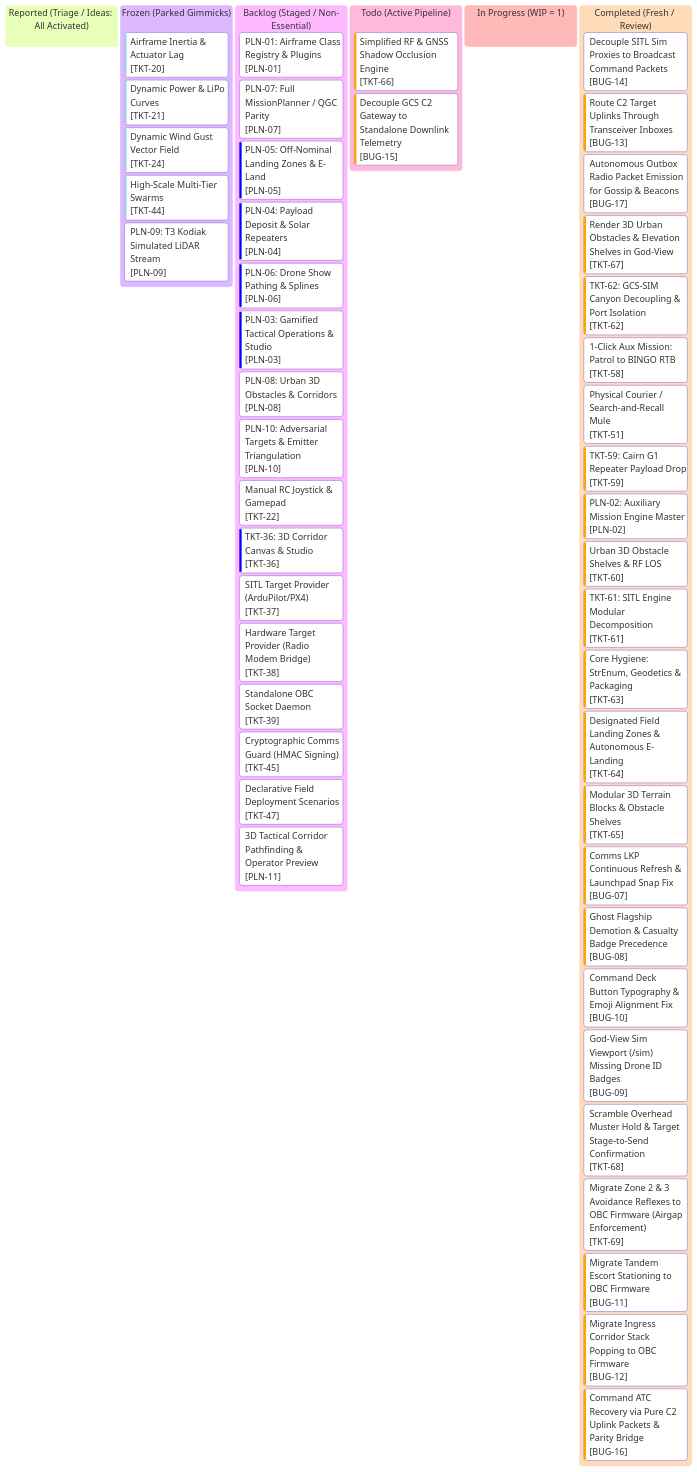
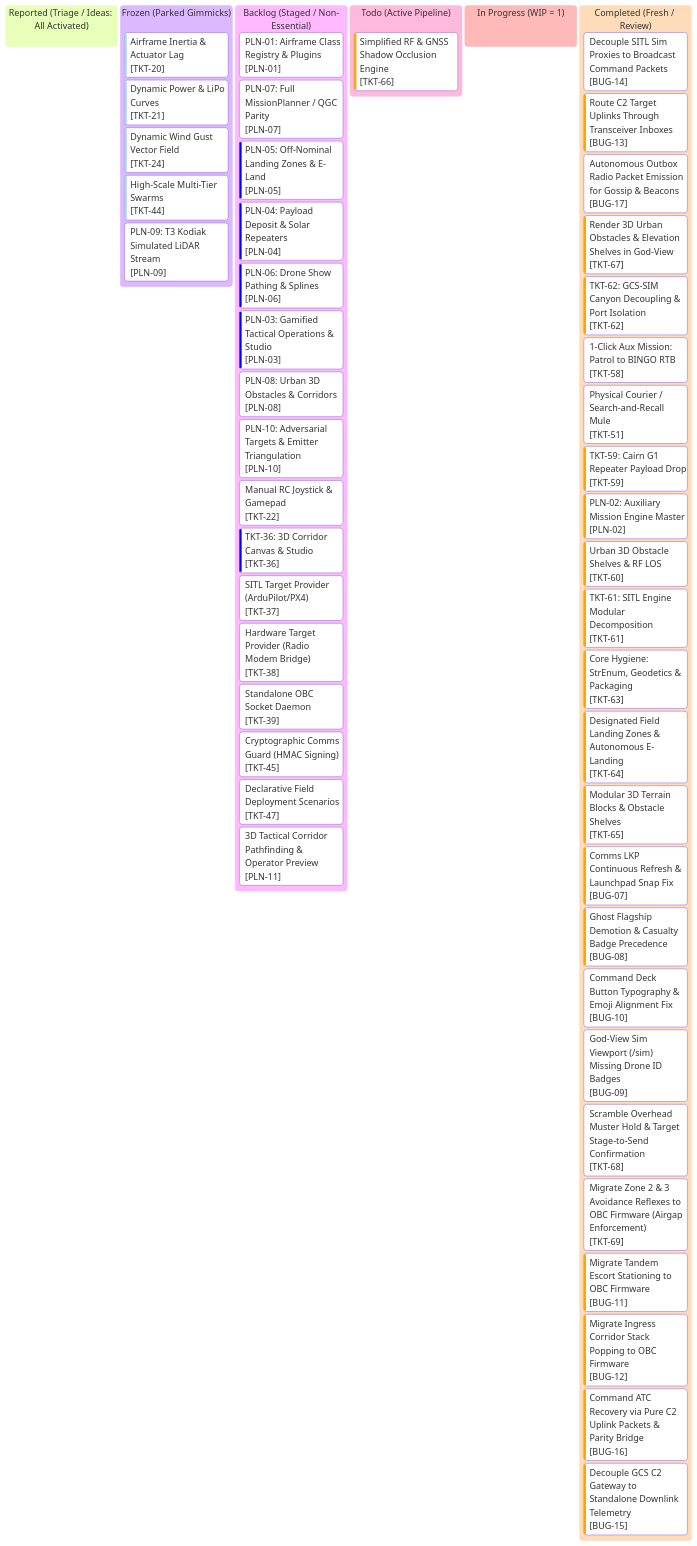
The diagram in roadmap/kanban.md (AlitheiaDeus/AlitheiaHive), drawn with Mermaid before and after one commit. The commit also changed other lines of this file and 11 other files, not shown here.

Commit message:
fix(gcs): decouple c2 gateway to standalone downlink telemetry (BUG-15 / Red 6)

````diff
--- a/roadmap/kanban.md
+++ b/roadmap/kanban.md
@@ -10,75 +10,75 @@
 ```mermaid
 %%{init: {
   'theme': 'base',
   'themeVariables': {
     'primaryColor': '#0d2235',
     'primaryTextColor': '#d4f4ff',
     'primaryBorderColor': '#00f0ff',
     'lineColor': '#00f0ff',
     'background': '#061019',
     'mainBkg': '#0a1926',
     'secondaryColor': '#081420',
     'secondaryTextColor': '#5a7e96',
     'secondaryBorderColor': '#134e6f',
     'tertiaryColor': '#0e263d',
     'tertiaryTextColor': '#00ffaa',
     'tertiaryBorderColor': '#00ffaa',
     'clusterBkg': '#081420',
     'clusterBorder': '#134e6f',
     'fontFamily': "'JetBrains Mono', 'Courier New', monospace"
   }
 }}%%
 kanban
   reported["Reported (Triage / Ideas: All Activated)"]
   frozen["Frozen (Parked Gimmicks)"]
     tkt20["Airframe Inertia & Actuator Lag"]@{ ticket: '[TKT-20]', priority: 'Very Low' }
     tkt21["Dynamic Power & LiPo Curves"]@{ ticket: '[TKT-21]', priority: 'Very Low' }
     tkt24["Dynamic Wind Gust Vector Field"]@{ ticket: '[TKT-24]', priority: 'Very Low' }
     tkt44["High-Scale Multi-Tier Swarms"]@{ ticket: '[TKT-44]', priority: 'Very Low' }
     pln09["PLN-09: T3 Kodiak Simulated LiDAR Stream"]@{ ticket: '[PLN-09]', priority: 'Medium' }
   backlog["Backlog (Staged / Non-Essential)"]
     pln01["PLN-01: Airframe Class Registry & Plugins"]@{ ticket: '[PLN-01]', priority: 'Medium' }
     pln07["PLN-07: Full MissionPlanner / QGC Parity"]@{ ticket: '[PLN-07]', priority: 'Medium' }
     pln05["PLN-05: Off-Nominal Landing Zones & E-Land"]@{ ticket: '[PLN-05]', priority: 'Low' }
     pln04["PLN-04: Payload Deposit & Solar Repeaters"]@{ ticket: '[PLN-04]', priority: 'Low' }
     pln06["PLN-06: Drone Show Pathing & Splines"]@{ ticket: '[PLN-06]', priority: 'Low' }
     pln03["PLN-03: Gamified Tactical Operations & Studio"]@{ ticket: '[PLN-03]', priority: 'Low' }
     pln08["PLN-08: Urban 3D Obstacles & Corridors"]@{ ticket: '[PLN-08]', priority: 'Medium' }
     pln10["PLN-10: Adversarial Targets & Emitter Triangulation"]@{ ticket: '[PLN-10]', priority: 'Medium' }
     tkt22["Manual RC Joystick & Gamepad"]@{ ticket: '[TKT-22]', priority: 'Medium' }
     tkt36["TKT-36: 3D Corridor Canvas & Studio"]@{ ticket: '[TKT-36]', priority: 'Low' }
     tkt37["SITL Target Provider (ArduPilot/PX4)"]@{ ticket: '[TKT-37]', priority: 'Medium' }
     tkt38["Hardware Target Provider (Radio Modem Bridge)"]@{ ticket: '[TKT-38]', priority: 'Medium' }
     tkt39["Standalone OBC Socket Daemon"]@{ ticket: '[TKT-39]', priority: 'Medium' }
     tkt45["Cryptographic Comms Guard (HMAC Signing)"]@{ ticket: '[TKT-45]', priority: 'Medium' }
     tkt47["Declarative Field Deployment Scenarios"]@{ ticket: '[TKT-47]', priority: 'Medium' }
     pln11["3D Tactical Corridor Pathfinding & Operator Preview"]@{ ticket: '[PLN-11]', priority: 'Medium' }
   todo["Todo (Active Pipeline)"]
     tkt66["Simplified RF & GNSS Shadow Occlusion Engine"]@{ ticket: '[TKT-66]', priority: 'High' }
-    bug15["Decouple GCS C2 Gateway to Standalone Downlink Telemetry"]@{ ticket: '[BUG-15]', priority: 'High' }
   in_progress["In Progress (WIP = 1)"]
   completed["Completed (Fresh / Review)"]
     bug14["Decouple SITL Sim Proxies to Broadcast Command Packets"]@{ ticket: '[BUG-14]', priority: 'Normal' }
     bug13["Route C2 Target Uplinks Through Transceiver Inboxes"]@{ ticket: '[BUG-13]', priority: 'High' }
     bug17["Autonomous Outbox Radio Packet Emission for Gossip & Beacons"]@{ ticket: '[BUG-17]', priority: 'Normal' }
     tkt67["Render 3D Urban Obstacles & Elevation Shelves in God-View"]@{ ticket: '[TKT-67]', priority: 'High' }
     tkt62["TKT-62: GCS-SIM Canyon Decoupling & Port Isolation"]@{ ticket: '[TKT-62]', priority: 'High' }
     tkt58["1-Click Aux Mission: Patrol to BINGO RTB"]@{ ticket: '[TKT-58]', priority: 'Medium' }
     tkt51["Physical Courier / Search-and-Recall Mule"]@{ ticket: '[TKT-51]', priority: 'Medium' }
     tkt59["TKT-59: Cairn G1 Repeater Payload Drop"]@{ ticket: '[TKT-59]', priority: 'High' }
     pln02["PLN-02: Auxiliary Mission Engine Master"]@{ ticket: '[PLN-02]', priority: 'High' }
     tkt60["Urban 3D Obstacle Shelves & RF LOS"]@{ ticket: '[TKT-60]', priority: 'High' }
     tkt61["TKT-61: SITL Engine Modular Decomposition"]@{ ticket: '[TKT-61]', priority: 'High' }
     tkt63["Core Hygiene: StrEnum, Geodetics & Packaging"]@{ ticket: '[TKT-63]', priority: 'High' }
     tkt64["Designated Field Landing Zones & Autonomous E-Landing"]@{ ticket: '[TKT-64]', priority: 'High' }
     tkt65["Modular 3D Terrain Blocks & Obstacle Shelves"]@{ ticket: '[TKT-65]', priority: 'High' }
     bug07["Comms LKP Continuous Refresh & Launchpad Snap Fix"]@{ ticket: '[BUG-07]', priority: 'High' }
     bug08["Ghost Flagship Demotion & Casualty Badge Precedence"]@{ ticket: '[BUG-08]', priority: 'High' }
     bug10["Command Deck Button Typography & Emoji Alignment Fix"]@{ ticket: '[BUG-10]', priority: 'Normal' }
     bug09["God-View Sim Viewport (/sim) Missing Drone ID Badges"]@{ ticket: '[BUG-09]', priority: 'Normal' }
     tkt68["Scramble Overhead Muster Hold & Target Stage-to-Send Confirmation"]@{ ticket: '[TKT-68]', priority: 'Normal' }
     tkt69["Migrate Zone 2 & 3 Avoidance Reflexes to OBC Firmware (Airgap Enforcement)"]@{ ticket: '[TKT-69]', priority: 'Normal' }
     bug11["Migrate Tandem Escort Stationing to OBC Firmware"]@{ ticket: '[BUG-11]', priority: 'High' }
     bug12["Migrate Ingress Corridor Stack Popping to OBC Firmware"]@{ ticket: '[BUG-12]', priority: 'High' }
     bug16["Command ATC Recovery via Pure C2 Uplink Packets & Parity Bridge"]@{ ticket: '[BUG-16]', priority: 'High' }
+    bug15["Decouple GCS C2 Gateway to Standalone Downlink Telemetry"]@{ ticket: '[BUG-15]', priority: 'High' }
 ```
````
